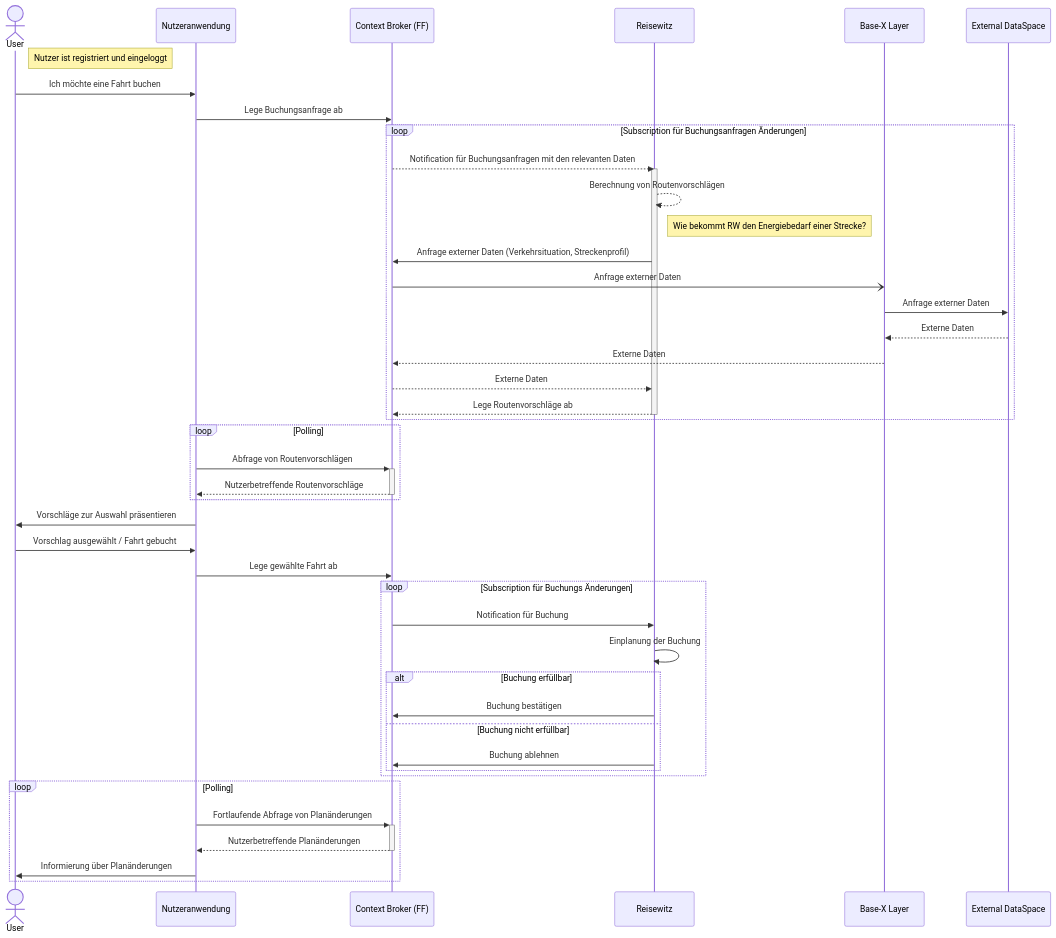
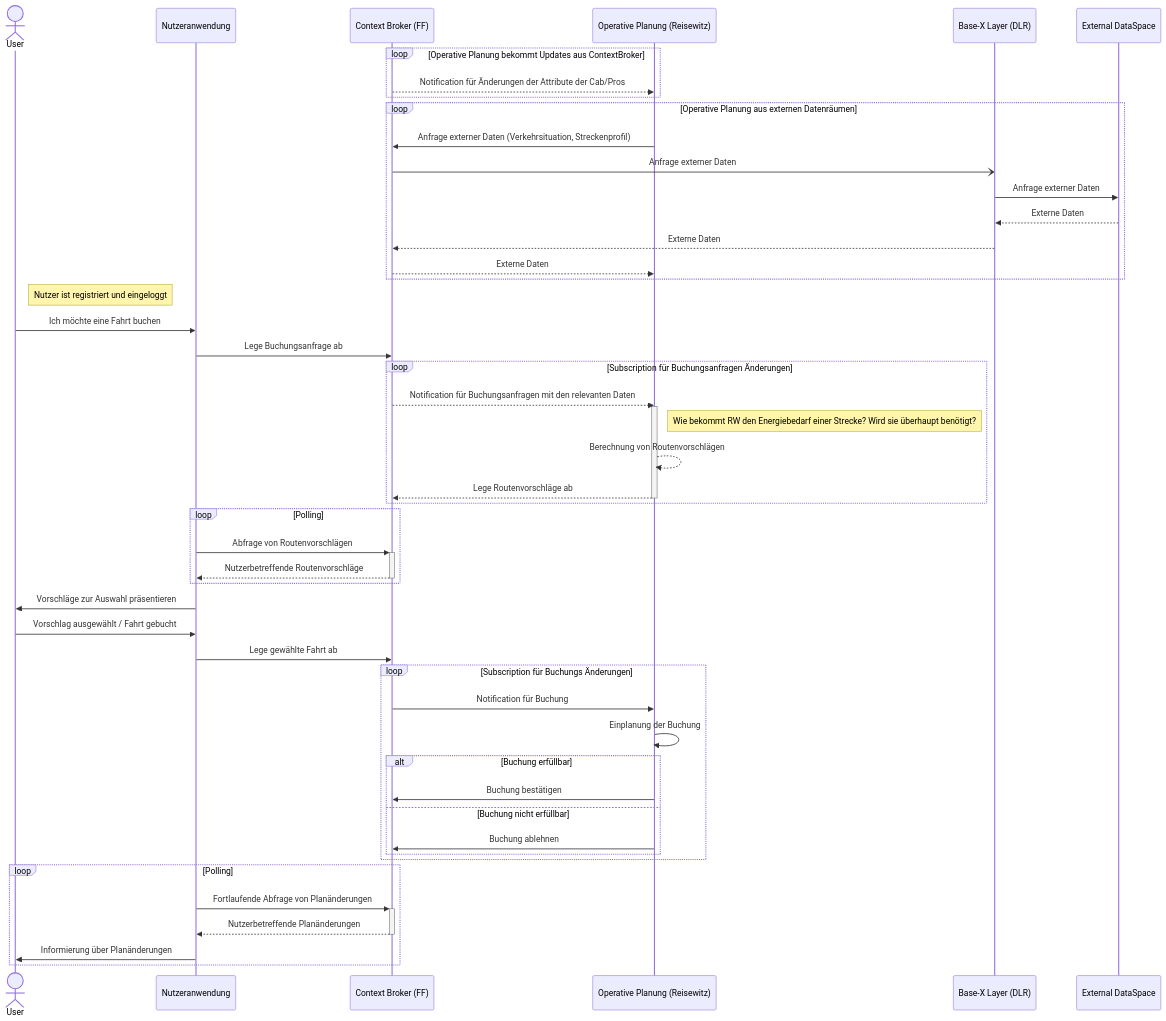
Before and after one commit to NeMo-bil/documentation: the diagram in README.md, drawn with Mermaid.

````diff
--- a/README.md
+++ b/README.md
@@ -8,59 +8,67 @@
 ```mermaid
 sequenceDiagram
 %% auskommentieren wenn wir Details zur Kommunikation aufschreiben
 %% autonumber
 %% Benutzer definieren
 actor User
 %% technische Teilnehmer/Componenten definieren
 participant App as Nutzeranwendung
 participant CB as Context Broker (FF)
-participant RW as Reisewitz
-participant BX as Base-X Layer
+participant RW as Operative Planung (Reisewitz)
+participant BX as Base-X Layer (DLR)
 participant EXDS as External DataSpace
+
+loop Operative Planung bekommt Updates aus ContextBroker
+CB-->>RW: Notification für Änderungen der Attribute der Cab/Pros
+end
+
+loop Operative Planung aus externen Datenräumen
+
+RW->>CB:Anfrage externer Daten (Verkehrsituation, Streckenprofil)
+CB-)BX:Anfrage externer Daten 
+BX->>EXDS: Anfrage externer Daten 
+EXDS-->>BX: Externe Daten 
+BX-->>CB: Externe Daten 
+CB-->>RW: Externe Daten 
+end
 
 Note right of User: Nutzer ist registriert und eingeloggt
 User->>App: Ich möchte eine Fahrt buchen
 App->>CB: Lege Buchungsanfrage ab
 loop Subscription für Buchungsanfragen Änderungen
 CB-->>RW: Notification für Buchungsanfragen mit den relevanten Daten
 
 activate RW
+Note right of RW: Wie bekommt RW den Energiebedarf einer Strecke? Wird sie überhaupt benötigt?
 RW-->>RW: Berechnung von Routenvorschlägen
 %% Abfrage von Streckenprofil in gegebenem Bereich -> Abgleich des ermittelten Energiebedarfs/Zielzeit
-Note right of RW: Wie bekommt RW den Energiebedarf einer Strecke?
-RW->>CB:Anfrage externer Daten (Verkehrsituation, Streckenprofil)
-CB-)BX:Anfrage externer Daten 
-BX->>EXDS: Anfrage externer Daten 
-EXDS-->>BX: Externe Daten 
-BX-->>CB: Externe Daten 
-CB-->>RW: Externe Daten 
 
 RW-->>CB: Lege Routenvorschläge ab
 deactivate RW
 end
 
 loop Polling
 App->>+CB: Abfrage von Routenvorschlägen
 CB-->>-App: Nutzerbetreffende Routenvorschläge
 end
 
 App->>User: Vorschläge zur Auswahl präsentieren
 User->>App: Vorschlag ausgewählt / Fahrt gebucht
 App->>CB: Lege gewählte Fahrt ab
 
 loop Subscription für Buchungs Änderungen
 CB->>RW: Notification für Buchung
 RW->>RW: Einplanung der Buchung
     alt Buchung erfüllbar
             RW->>CB:  Buchung bestätigen
     else Buchung nicht erfüllbar
             RW->>CB:  Buchung ablehnen
     end
 end
 
 loop Polling
 App->>+CB: Fortlaufende Abfrage von Planänderungen
 CB-->>-App: Nutzerbetreffende Planänderungen
 App->>User: Informierung über Planänderungen
 end
 ```
````
